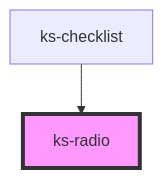
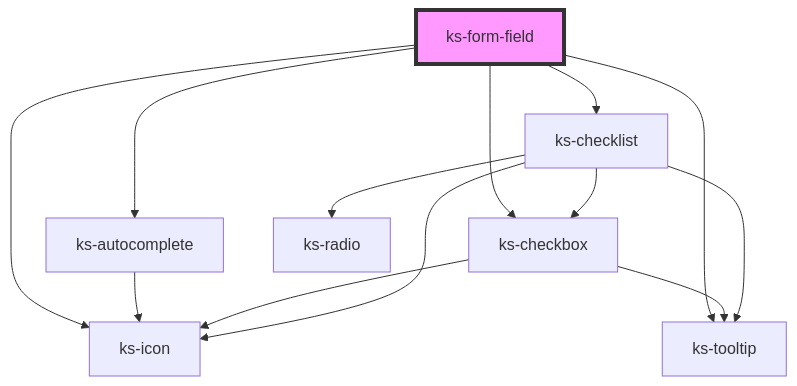
The diagram in src/scripts/components/form-field/readme.md (kickstand-ui/kickstand-ui), drawn with Mermaid before and after one commit. The commit also changed other lines of this file and 15 other files, not shown here.

````diff
--- a/src/scripts/components/form-field/readme.md
+++ b/src/scripts/components/form-field/readme.md
@@ -32,5 +79,16 @@
 ```mermaid
 graph TD;
+  ks-form-field --> ks-icon
+  ks-form-field --> ks-autocomplete
+  ks-form-field --> ks-checkbox
+  ks-form-field --> ks-checklist
+  ks-form-field --> ks-tooltip
+  ks-autocomplete --> ks-icon
+  ks-checkbox --> ks-tooltip
+  ks-checkbox --> ks-icon
+  ks-checklist --> ks-tooltip
+  ks-checklist --> ks-icon
+  ks-checklist --> ks-checkbox
   ks-checklist --> ks-radio
-  style ks-radio fill:#f9f,stroke:#333,stroke-width:4px
+  style ks-form-field fill:#f9f,stroke:#333,stroke-width:4px
 ```
````
